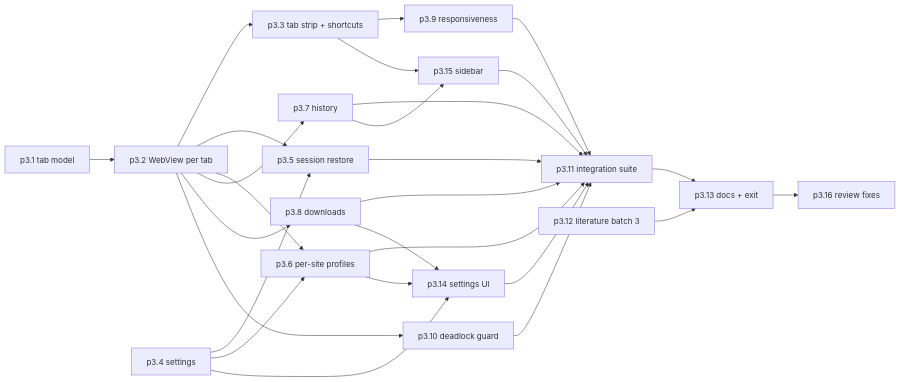
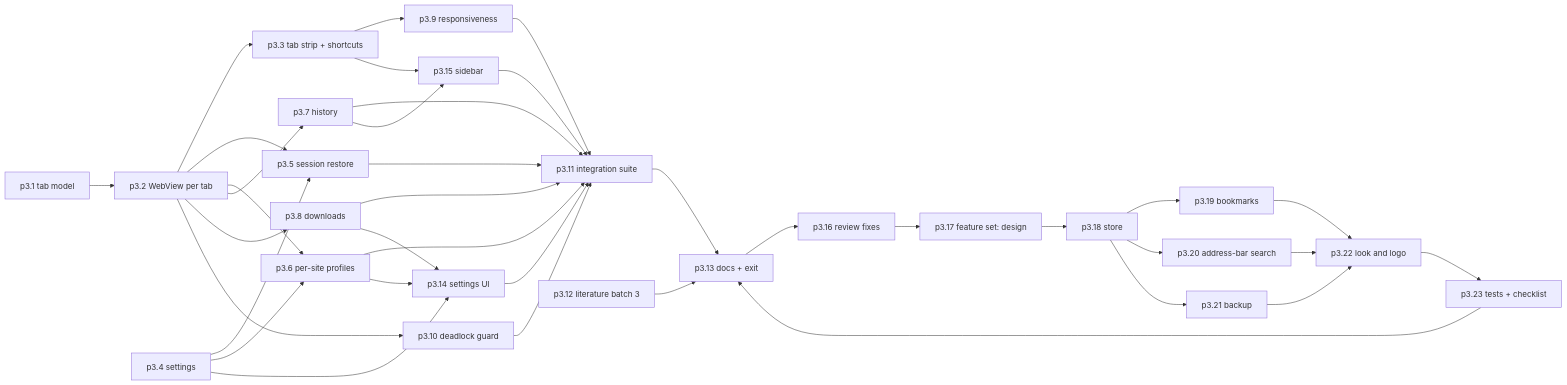
One commit to VarunOjha/nurav-ferrum changed the diagram in wiki/phases/phase-p3-tabs-sessions.md. Above: the diagram before and after it, drawn with Mermaid. The commit also changed other lines of this file and 9 other files, not shown here.

First line of the commit message:
docs(plan): new small feature set in P3 (bookmarks, address-bar search, encrypted backup, look) [p3.17]

````diff
--- a/wiki/phases/phase-p3-tabs-sessions.md
+++ b/wiki/phases/phase-p3-tabs-sessions.md
@@ -152,29 +204,39 @@
 ```mermaid
 flowchart LR
   p3_1["p3.1 tab model"] --> p3_2["p3.2 WebView per tab"]
   p3_2 --> p3_3["p3.3 tab strip + shortcuts"]
   p3_4["p3.4 settings"] --> p3_5["p3.5 session restore"]
   p3_2 --> p3_5
   p3_2 --> p3_6["p3.6 per-site profiles"]
   p3_4 --> p3_6
   p3_2 --> p3_7["p3.7 history"]
   p3_2 --> p3_8["p3.8 downloads"]
   p3_3 --> p3_9["p3.9 responsiveness"]
   p3_2 --> p3_10["p3.10 deadlock guard"]
   p3_5 --> p3_11["p3.11 integration suite"]
   p3_6 --> p3_11
   p3_7 --> p3_11
   p3_8 --> p3_11
   p3_9 --> p3_11
   p3_4 --> p3_14["p3.14 settings UI"]
   p3_6 --> p3_14
   p3_8 --> p3_14
   p3_3 --> p3_15["p3.15 sidebar"]
   p3_7 --> p3_15
   p3_14 --> p3_11
   p3_15 --> p3_11
   p3_10 --> p3_11
   p3_11 --> p3_13["p3.13 docs + exit"]
   p3_13 --> p3_16["p3.16 review fixes"]
+  p3_16 --> p3_17["p3.17 feature set: design"]
+  p3_17 --> p3_18["p3.18 store"]
+  p3_18 --> p3_19["p3.19 bookmarks"]
+  p3_18 --> p3_20["p3.20 address-bar search"]
+  p3_18 --> p3_21["p3.21 backup"]
+  p3_19 --> p3_22["p3.22 look and logo"]
+  p3_20 --> p3_22
+  p3_21 --> p3_22
+  p3_22 --> p3_23["p3.23 tests + checklist"]
+  p3_23 --> p3_13
   p3_12["p3.12 literature batch 3"] --> p3_13
 ```
````
